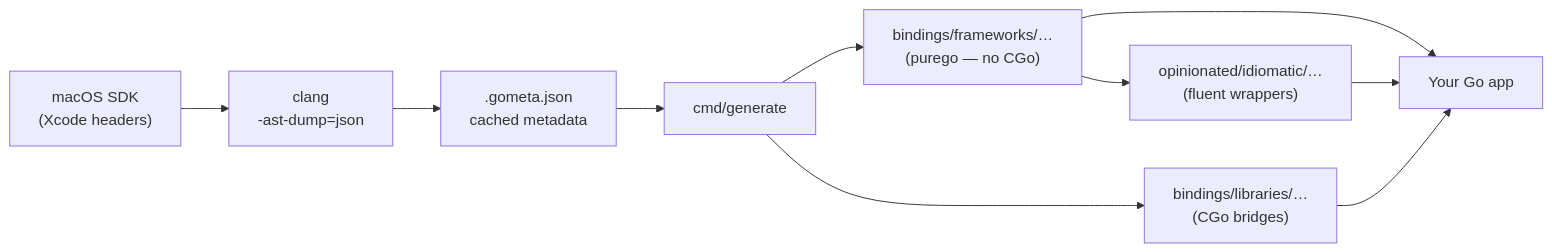
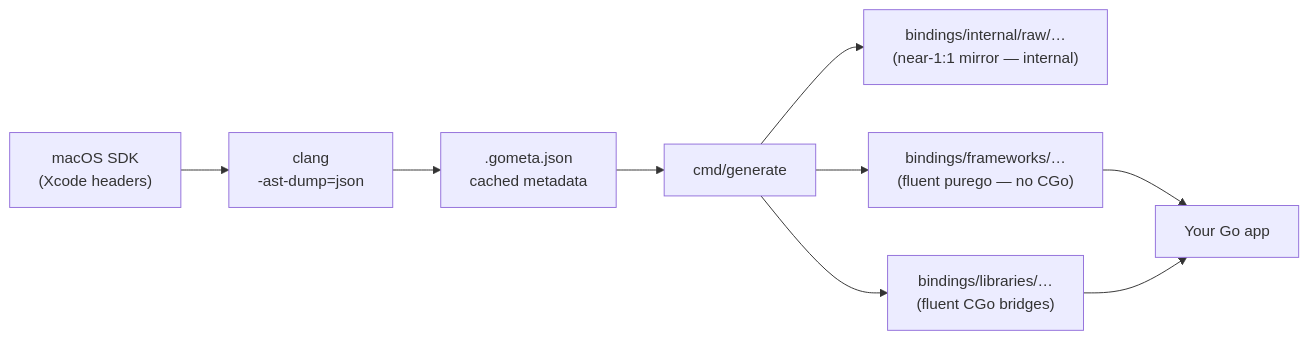
Before and after one commit to deploymenttheory/go-bindings-macosplatform: the first of 3 diagrams in README.md, drawn with Mermaid. The commit also changed other lines of this file and 25494 other files, not shown here.

First line of the commit message:
feat: make the idiomatic layer the sole public API under bindings/ (#82)

````diff
--- a/README.md
+++ b/README.md
@@ -107,16 +109,16 @@
 ```mermaid
 flowchart LR
     SDK["macOS SDK\n(Xcode headers)"]
     Clang["clang\n-ast-dump=json"]
     Meta[".gometa.json\ncached metadata"]
     Gen["cmd/generate"]
-    Pure["bindings/frameworks/…\n(purego — no CGo)"]
-    CGo["bindings/libraries/…\n(CGo bridges)"]
-    Idio["opinionated/idiomatic/…\n(fluent wrappers)"]
+    Raw["bindings/internal/raw/…\n(near-1:1 mirror — internal)"]
+    Pure["bindings/frameworks/…\n(fluent purego — no CGo)"]
+    CGo["bindings/libraries/…\n(fluent CGo bridges)"]
     App["Your Go app"]
 
     SDK --> Clang --> Meta --> Gen
+    Gen --> Raw
     Gen --> Pure --> App
     Gen --> CGo --> App
-    Pure --> Idio --> App
 ```
````
